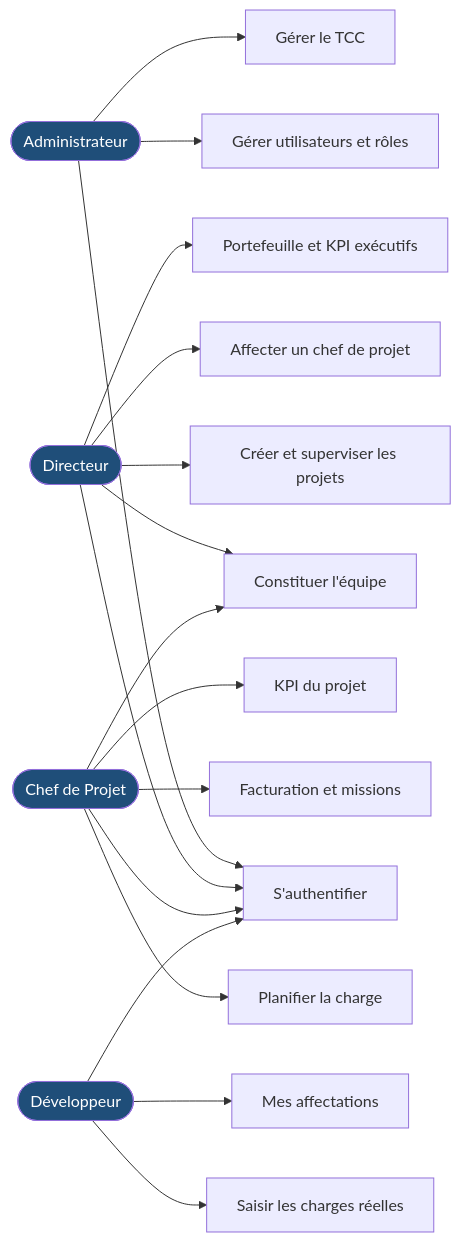
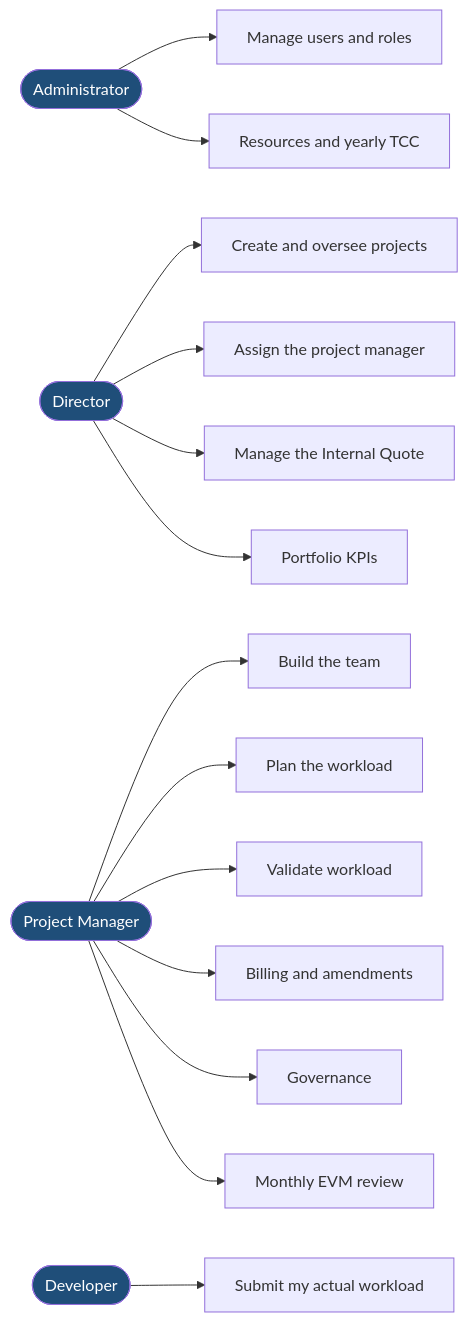
The first of 9 diagrams in docs/UML_DESIGN.md (mazenrakrouki/tekup-pms-platform), drawn with Mermaid before and after one commit. The commit also changed other lines of this file and 72 other files, not shown here.

````diff
--- a/docs/UML_DESIGN.md
+++ b/docs/UML_DESIGN.md
@@ -21,20 +57,17 @@
 ```mermaid
 graph LR
-  Admin([Administrateur]):::a --> U1[S'authentifier]
-  Dir([Directeur]):::a --> U1
-  PM([Chef de Projet]):::a --> U1
-  Dev([Développeur]):::a --> U1
-  Admin --> Uu[Gérer utilisateurs et rôles]
-  Admin --> Ut[Gérer le TCC]
-  Dir --> Uproj[Créer et superviser les projets]
-  Dir --> Uapm[Affecter un chef de projet]
-  Dir --> Uteam[Constituer l'équipe]
-  Dir --> Uexec[Portefeuille et KPI exécutifs]
-  PM --> Uteam
-  PM --> Uplan[Planifier la charge]
-  PM --> Ubill[Facturation et missions]
-  PM --> Upmkpi[KPI du projet]
-  Dev --> Usub[Saisir les charges réelles]
-  Dev --> Uhist[Mes affectations]
+  Admin([Administrator]):::a --> U2[Manage users and roles]
+  Admin --> U3[Resources and yearly TCC]
+  Dir([Director]):::a --> U4[Create and oversee projects]
+  Dir --> U5[Assign the project manager]
+  Dir --> U6[Manage the Internal Quote]
+  Dir --> U15[Portfolio KPIs]
+  PM([Project Manager]):::a --> U7[Build the team]
+  PM --> U8[Plan the workload]
+  PM --> U10[Validate workload]
+  PM --> U11[Billing and amendments]
+  PM --> U12[Governance]
+  PM --> U14[Monthly EVM review]
+  Dev([Developer]):::a --> U9[Submit my actual workload]
   classDef a fill:#1f4e79,color:#fff;
 ```
````
